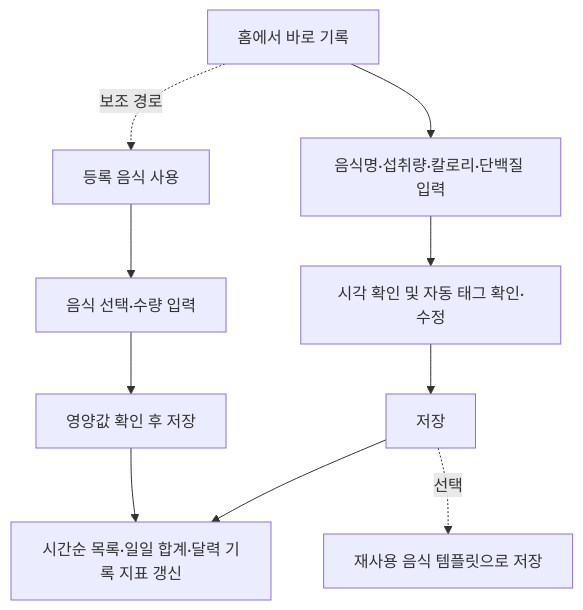
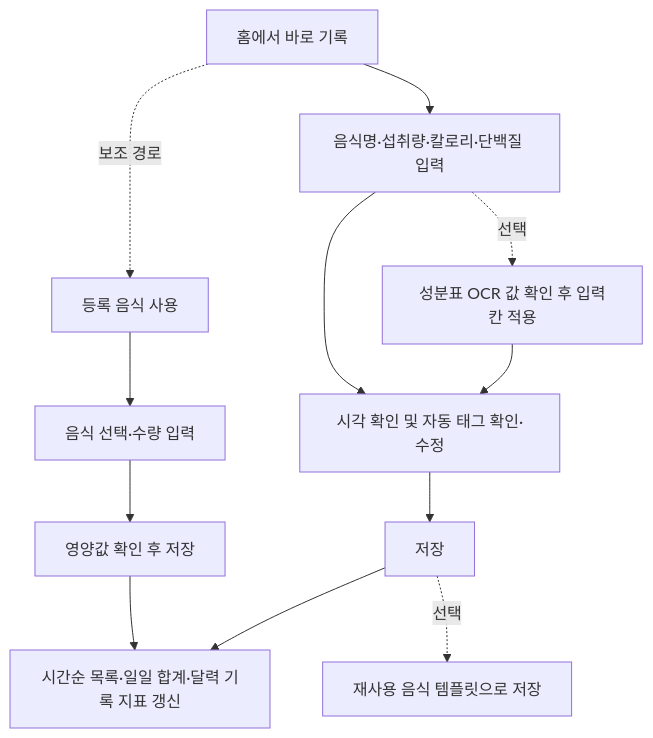
Before and after one commit to haZuny/noshnote: the diagram in doc/meal-tracker-PRD.md, drawn with Mermaid. The commit also changed other lines of this file and 9 other files, not shown here.

````diff
--- a/doc/meal-tracker-PRD.md
+++ b/doc/meal-tracker-PRD.md
@@ -248,12 +252,14 @@
 ```mermaid
 flowchart TD
   A[홈에서 바로 기록] --> B[음식명·섭취량·칼로리·단백질 입력]
+  B -. 선택 .-> O[성분표 OCR 값 확인 후 입력칸 적용]
+  O --> C[시각 확인 및 자동 태그 확인·수정]
   B --> C[시각 확인 및 자동 태그 확인·수정]
   C --> D[저장]
   D --> E[시간순 목록·일일 합계·달력 기록 지표 갱신]
   D -. 선택 .-> F[재사용 음식 템플릿으로 저장]
   A -. 보조 경로 .-> G[등록 음식 사용]
   G --> H[음식 선택·수량 입력]
   H --> I[영양값 확인 후 저장]
   I --> E
 ```
````
